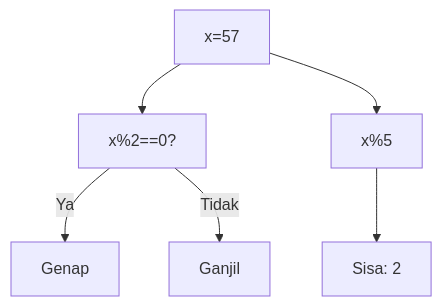
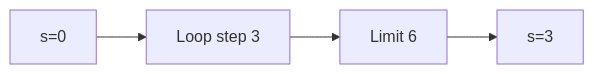
Before and after one commit to amnahwaida/OSNK_INF_PREP: the ninth of 25 diagrams in part-c-pemahaman-cpp/03-perulangan/latihan/set-08.md, drawn with Mermaid. The commit also changed other lines of this file and 71 other files, not shown here.

````diff
--- a/part-c-pemahaman-cpp/03-perulangan/latihan/set-08.md
+++ b/part-c-pemahaman-cpp/03-perulangan/latihan/set-08.md
@@ -352,8 +237,6 @@
 ```mermaid
-graph TD
-A["x=57"] --> B["x%2==0?"]
-B -- Ya --> C["Genap"]
-B -- Tidak --> D["Ganjil"]
-A --> E["x%5"]
-E --> F["Sisa: 2"]
+graph LR
+A["s=0"] --> B["Loop step 3"]
+B --> C["Limit 6"]
+C --> D["s=3"]
 ```
````
